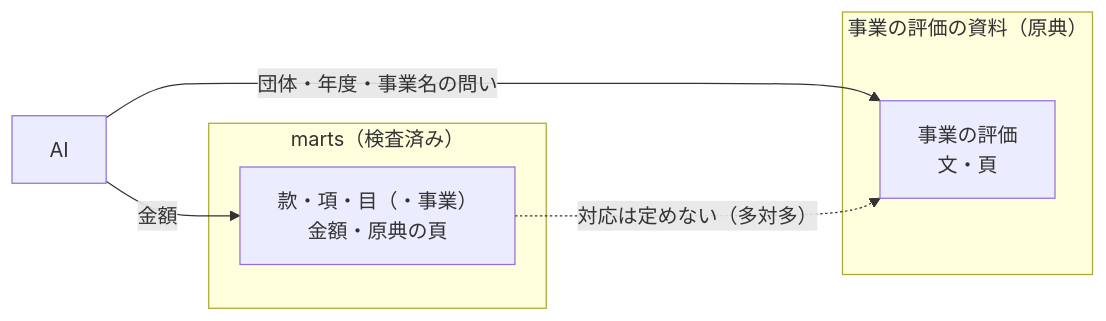
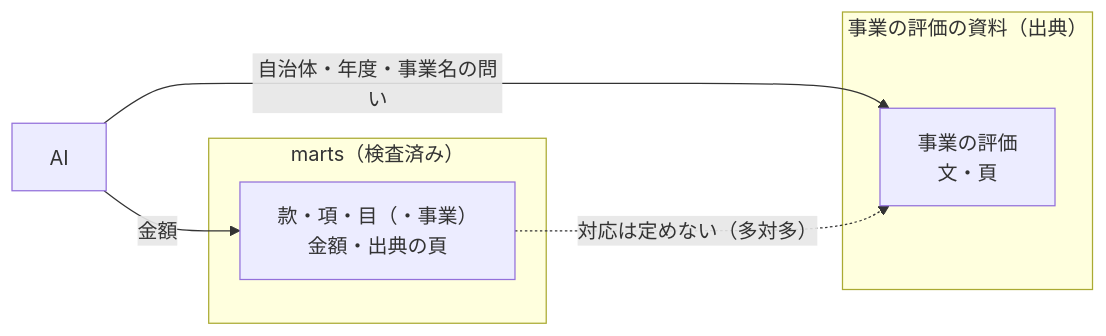
One commit to fudoki-hensansitu/fudoki changed the diagram in docs/prd/evaluation-search/prd.md. Above: the diagram before and after it, drawn with Mermaid. The commit also changed other lines of this file and 203 other files, not shown here.

````diff
--- a/docs/prd/evaluation-search/prd.md
+++ b/docs/prd/evaluation-search/prd.md
@@ -49,12 +49,12 @@
 ```mermaid
 flowchart LR
   subgraph marts["marts（検査済み）"]
-    node["款・項・目（・事業）<br/>金額・原典の頁"]
+    node["款・項・目（・事業）<br/>金額・出典の頁"]
   end
-  subgraph eval["事業の評価の資料（原典）"]
+  subgraph eval["事業の評価の資料（出典）"]
     part["事業の評価<br/>文・頁"]
   end
-  ai["AI"] -->|"団体・年度・事業名の問い"| part
+  ai["AI"] -->|"自治体・年度・事業名の問い"| part
   ai -->|金額| node
   node -.->|"対応は定めない（多対多）"| part
 ```
````
